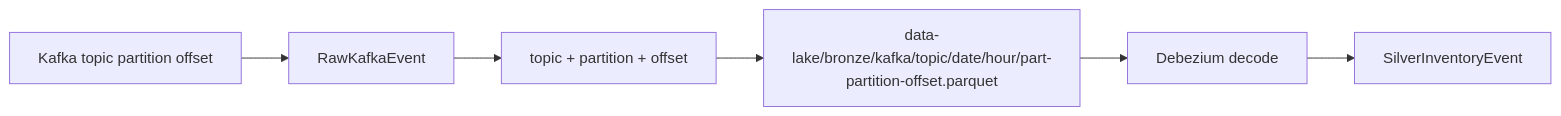
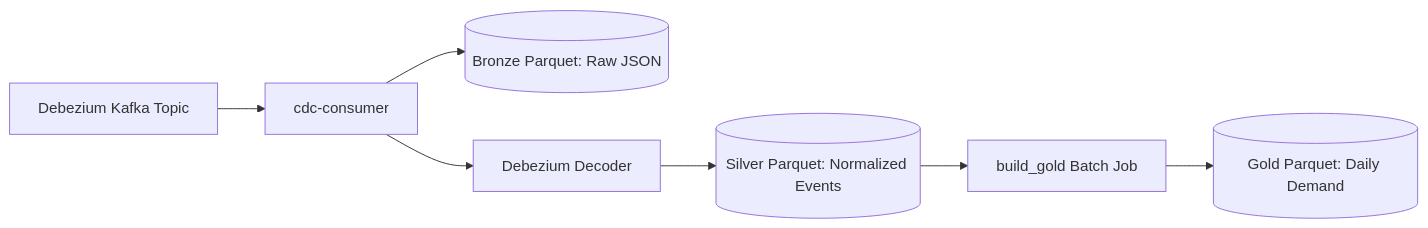
The second of 6 diagrams in docs/archi.md (Clearleaff/Replenishment-Engine), drawn with Mermaid before and after one commit. The commit also changed other lines of this file, not shown here.

Commit message:
Revise Data Lake Parquet Pipeline documentation
Updated the Data Lake Parquet pipeline section to reflect changes in the Kafka to Bronze data flow and added details about the Bronze, Silver, and Gold tiers.

````diff
--- a/docs/archi.md
+++ b/docs/archi.md
@@ -42,8 +42,9 @@
 ```mermaid
 flowchart LR
-    KafkaTopic[Kafka topic partition offset] --> RawEvent[RawKafkaEvent]
-    RawEvent --> Identity[topic + partition + offset]
-    Identity --> Path[data-lake/bronze/kafka/topic/date/hour/part-partition-offset.parquet]
-    Path --> Decode[Debezium decode]
-    Decode --> Silver[SilverInventoryEvent]
+    KafkaTopic[Debezium Kafka Topic] --> CDCConsumer[cdc-consumer]
+    CDCConsumer --> Bronze[(Bronze Parquet: Raw JSON)]
+    CDCConsumer --> Decode[Debezium Decoder]
+    Decode --> Silver[(Silver Parquet: Normalized Events)]
+    Silver --> BuildGold[build_gold Batch Job]
+    BuildGold --> Gold[(Gold Parquet: Daily Demand)]
 ```
````
